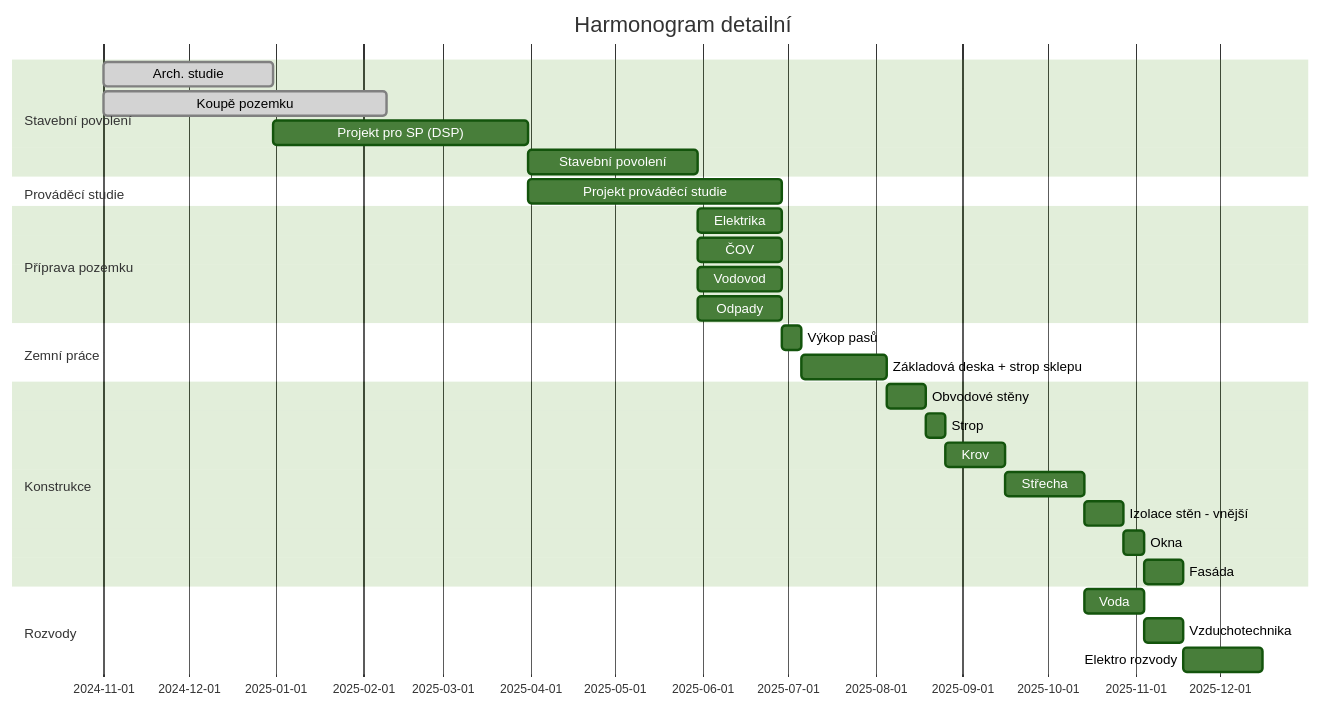
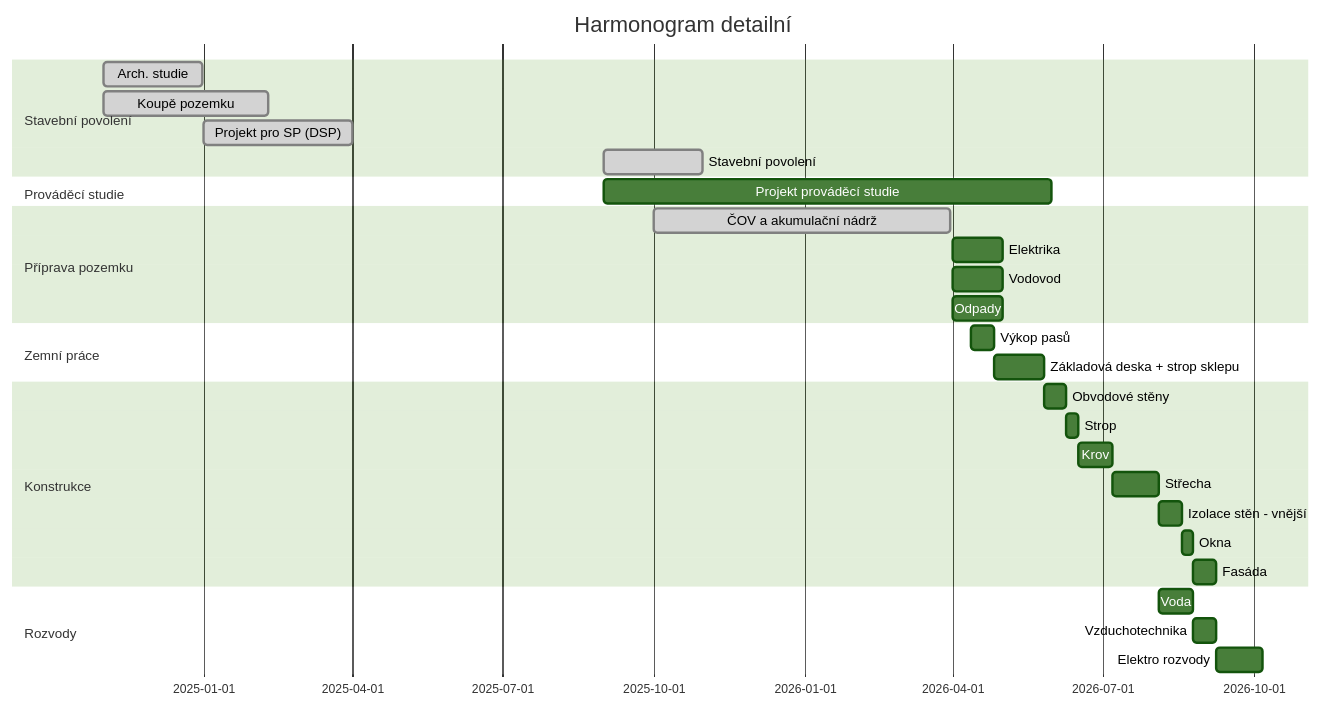
The second of 2 diagrams in Harmonogram.md (mtrakal/smrci), drawn with Mermaid before and after one commit. The commit also changed other lines of this file, not shown here.

````diff
--- a/Harmonogram.md
+++ b/Harmonogram.md
@@ -33,38 +30,38 @@
 ```mermaid
 %%{init: {'theme':'forest'}}%%
 gantt
     title Harmonogram detailní
     dateFormat YYYY-MM-DD
     section Stavební povolení
         Arch. studie: done, as, 2024-11-01, 60d
         Koupě pozemku: done, kp, 2024-11-01, 100d
-        Projekt pro SP (DSP): pdsp, after as, 90d
-        Stavební povolení: dsp, after pdsp, 60d
+        Projekt pro SP (DSP): done, pdsp, 2025-01-01, 90d
+        Stavební povolení: done, dsp, 2025-09-01, 60d
 
     section Prováděcí studie
-        Projekt prováděcí studie: dps, after pdsp, 90d
+        Projekt prováděcí studie: dps, 2025-09-01, 2026-05-31
 
     section Příprava pozemku
-        Elektrika: pp-el, after dsp, 30d
-        ČOV: pp-cov, after dsp, 30d
-        Vodovod: pp-voda, after dsp, 30d
-        Odpady: pp-odpad, after dsp, 30d
+        ČOV a akumulační nádrž: done, pp-cov, 2025-10-01, 180d
+        Elektrika: pp-el, 2026-04-01, 30d
+        Vodovod: pp-voda, 2026-04-01, 30d
+        Odpady: pp-odpad, 2026-04-01, 30d
 
     section Zemní práce
-        Výkop pasů: zp-pasy, after pp-el pp-cov pp-voda pp-odpad, 1w
+        Výkop pasů: zp-pasy, 2026-04-12, 14d
         Základová deska + strop sklepu: zp-deska, after zp-pasy, 30d
 
     section Konstrukce
         Obvodové stěny: k-steny, after zp-deska, 2w
         Strop: k-strop, after k-steny, 1w
         Krov: k-krov, after k-strop, 3w
         Střecha: k-strecha, after k-krov, 4w
         Izolace stěn - vnější: k-izolace, after k-strecha, 2w
         Okna: k-okna, after k-izolace, 1w
         Fasáda: k-fasada, after k-okna, 2w
     section Rozvody
         Voda: r-voda, after k-strecha, 3w
         Vzduchotechnika: r-vzduch, after r-voda, 2w
         Elektro rozvody: r-elektro, after r-vzduch, 4w
 
 ```
````
